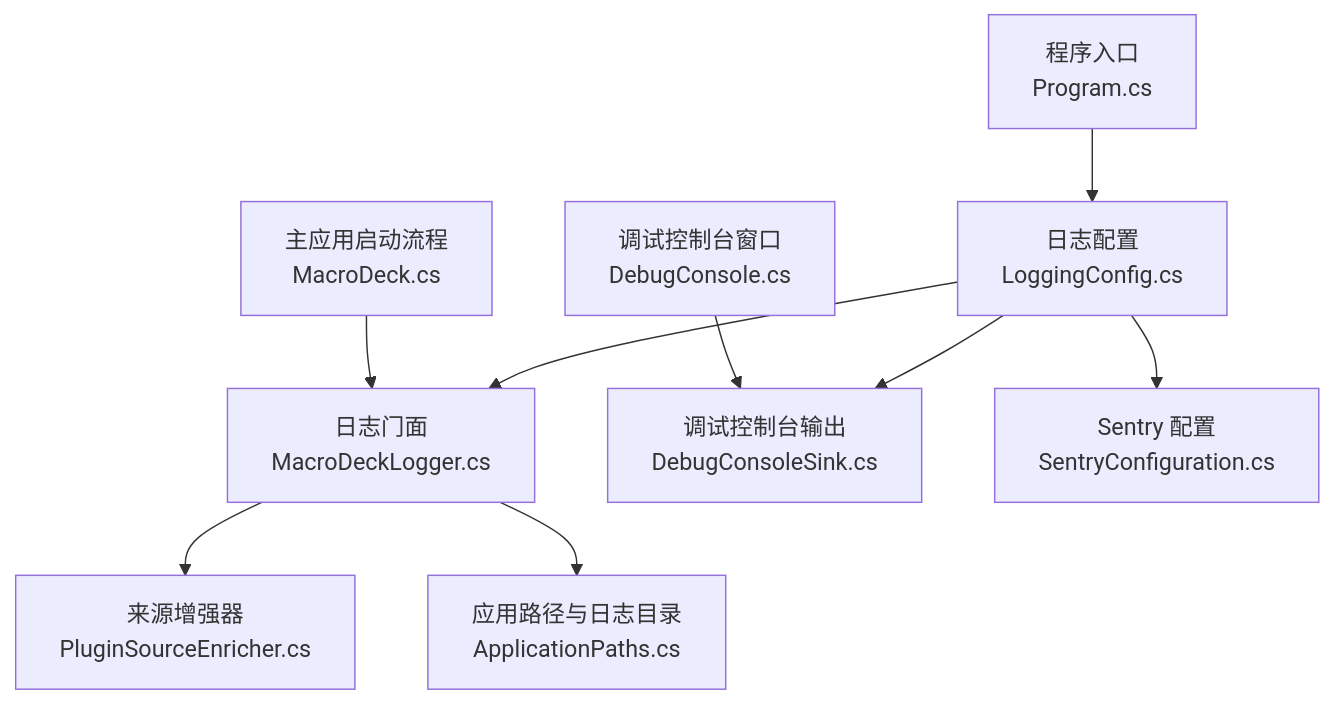
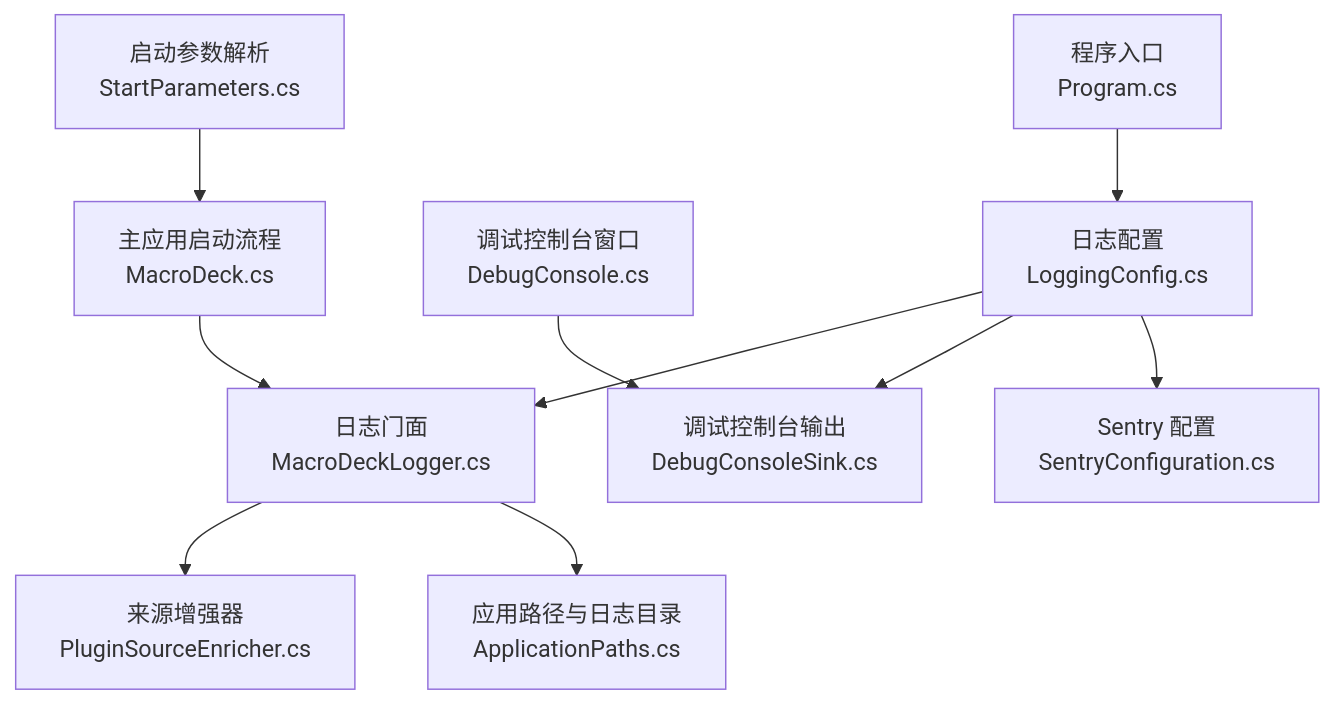
Before and after one commit to tea4go/Macro-Deck: the first of 9 diagrams in .qoder/repowiki/zh/content/日志和监控/日志和监控.md, drawn with Mermaid. The commit also changed other lines of this file and 146 other files, not shown here.

````diff
--- a/.qoder/repowiki/zh/content/日志和监控/日志和监控.md
+++ b/.qoder/repowiki/zh/content/日志和监控/日志和监控.md
@@ -47,11 +58,12 @@
 ```mermaid
 graph TB
 Program["程序入口<br/>Program.cs"] --> LoggingConfig["日志配置<br/>LoggingConfig.cs"]
 LoggingConfig --> MacroDeckLogger["日志门面<br/>MacroDeckLogger.cs"]
 LoggingConfig --> DebugConsoleSink["调试控制台输出<br/>DebugConsoleSink.cs"]
 LoggingConfig --> SentryConfig["Sentry 配置<br/>SentryConfiguration.cs"]
 MacroDeckLogger --> PluginSourceEnricher["来源增强器<br/>PluginSourceEnricher.cs"]
 MacroDeckLogger --> ApplicationPaths["应用路径与日志目录<br/>ApplicationPaths.cs"]
 DebugConsole["调试控制台窗口<br/>DebugConsole.cs"] --> DebugConsoleSink
 MacroDeck["主应用启动流程<br/>MacroDeck.cs"] --> MacroDeckLogger
+StartParams["启动参数解析<br/>StartParameters.cs"] --> MacroDeck
 ```
````
